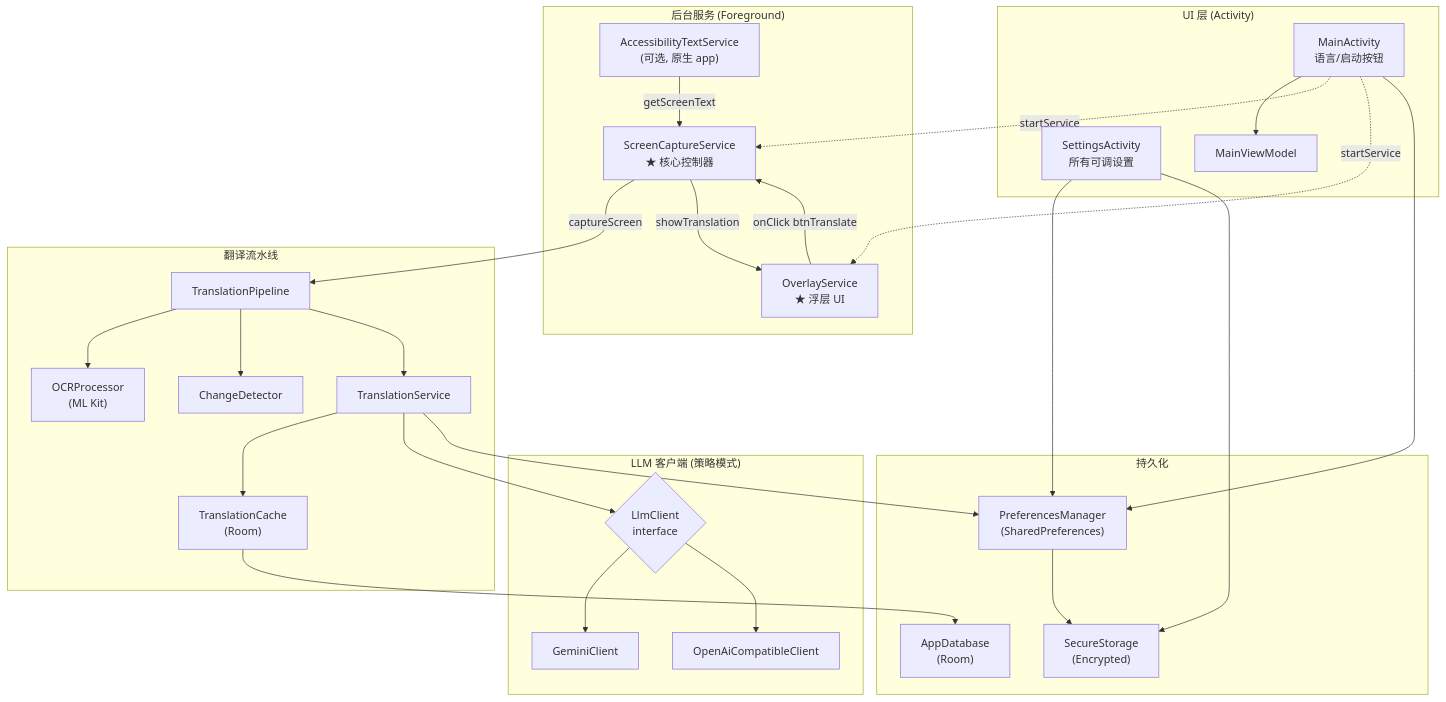
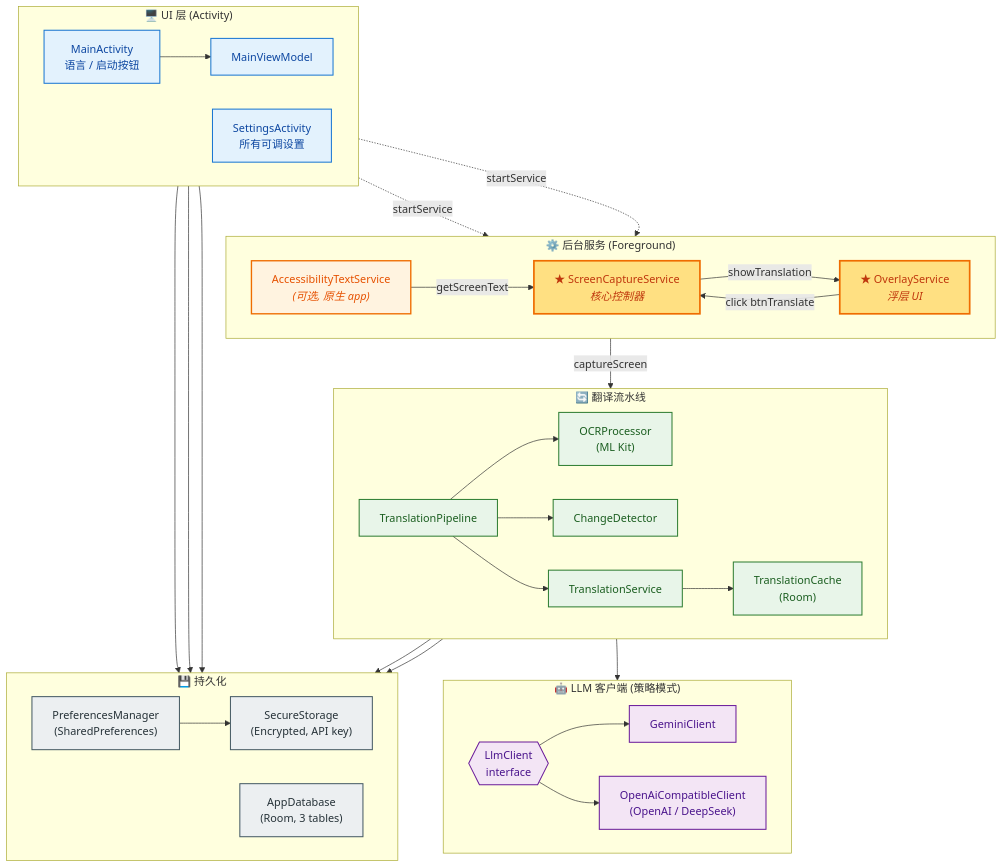
The first of 8 diagrams in ARCHITECTURE.md (wilson15832/ocr_translator_ai), drawn with Mermaid before and after one commit. The commit also changed other lines of this file, not shown here.

````diff
--- a/ARCHITECTURE.md
+++ b/ARCHITECTURE.md
@@ -36,58 +44,70 @@
 ```mermaid
 flowchart TB
-    subgraph UI["UI 层 (Activity)"]
-        MA["MainActivity<br/>语言/启动按钮"]
-        SA["SettingsActivity<br/>所有可调设置"]
-        MVM["MainViewModel"]
+    classDef ui        fill:#E3F2FD,stroke:#1976D2,stroke-width:1.5px,color:#0D47A1
+    classDef service   fill:#FFF3E0,stroke:#EF6C00,stroke-width:2px,color:#E65100
+    classDef pipeline  fill:#E8F5E9,stroke:#2E7D32,stroke-width:1.5px,color:#1B5E20
+    classDef llm       fill:#F3E5F5,stroke:#6A1B9A,stroke-width:1.5px,color:#4A148C
+    classDef storage   fill:#ECEFF1,stroke:#455A64,stroke-width:1.5px,color:#263238
+    classDef star      fill:#FFE082,stroke:#EF6C00,stroke-width:2.5px,color:#BF360C
+
+    subgraph UI["🖥️ UI 层 (Activity)"]
+        direction LR
+        MA["MainActivity<br/>语言 / 启动按钮"]:::ui
+        SA["SettingsActivity<br/>所有可调设置"]:::ui
+        MVM["MainViewModel"]:::ui
     end
 
-    subgraph Services["后台服务 (Foreground)"]
-        SCS["ScreenCaptureService<br/>★ 核心控制器"]
-        OS["OverlayService<br/>★ 浮层 UI"]
-        ATS["AccessibilityTextService<br/>(可选, 原生 app)"]
+    subgraph Services["⚙️ 后台服务 (Foreground)"]
+        direction LR
+        SCS["★ ScreenCaptureService<br/><i>核心控制器</i>"]:::star
+        OS["★ OverlayService<br/><i>浮层 UI</i>"]:::star
+        ATS["AccessibilityTextService<br/><i>(可选, 原生 app)</i>"]:::service
     end
 
-    subgraph Pipeline["翻译流水线"]
-        TP["TranslationPipeline"]
-        TS["TranslationService"]
-        OCR["OCRProcessor<br/>(ML Kit)"]
-        CD["ChangeDetector"]
-        TC["TranslationCache<br/>(Room)"]
+    subgraph Pipeline["🔄 翻译流水线"]
+        direction LR
+        TP["TranslationPipeline"]:::pipeline
+        TS["TranslationService"]:::pipeline
+        OCR["OCRProcessor<br/>(ML Kit)"]:::pipeline
+        CD["ChangeDetector"]:::pipeline
+        TC["TranslationCache<br/>(Room)"]:::pipeline
     end
 
-    subgraph LLM["LLM 客户端 (策略模式)"]
-        LC{"LlmClient<br/>interface"}
-        GC["GeminiClient"]
-        OC["OpenAiCompatibleClient"]
+    subgraph LLM["🤖 LLM 客户端 (策略模式)"]
+        direction LR
+        LC{{"LlmClient<br/>interface"}}:::llm
+        GC["GeminiClient"]:::llm
+        OC["OpenAiCompatibleClient<br/>(OpenAI / DeepSeek)"]:::llm
     end
 
-    subgraph Storage["持久化"]
-        PM["PreferencesManager<br/>(SharedPreferences)"]
-        SS["SecureStorage<br/>(Encrypted)"]
-        DB["AppDatabase<br/>(Room)"]
+    subgraph Storage["💾 持久化"]
+        direction LR
+        PM["PreferencesManager<br/>(SharedPreferences)"]:::storage
+        SS["SecureStorage<br/>(Encrypted, API key)"]:::storage
+        DB["AppDatabase<br/>(Room, 3 tables)"]:::storage
     end
 
     MA --> MVM
-    MA -.startService.-> SCS
-    MA -.startService.-> OS
+    MA -. startService .-> SCS
+    MA -. startService .-> OS
     MA --> PM
     SA --> PM
     SA --> SS
 
     SCS -- captureScreen --> TP
     SCS -- showTranslation --> OS
-    OS -- onClick btnTranslate --> SCS
+    OS -- click btnTranslate --> SCS
     ATS -- getScreenText --> SCS
 
     TP --> OCR
     TP --> CD
     TP --> TS
     TS --> TC
     TS --> LC
     LC --> GC
     LC --> OC
 
     TS --> PM
     PM --> SS
     TC --> DB
 ```
````
